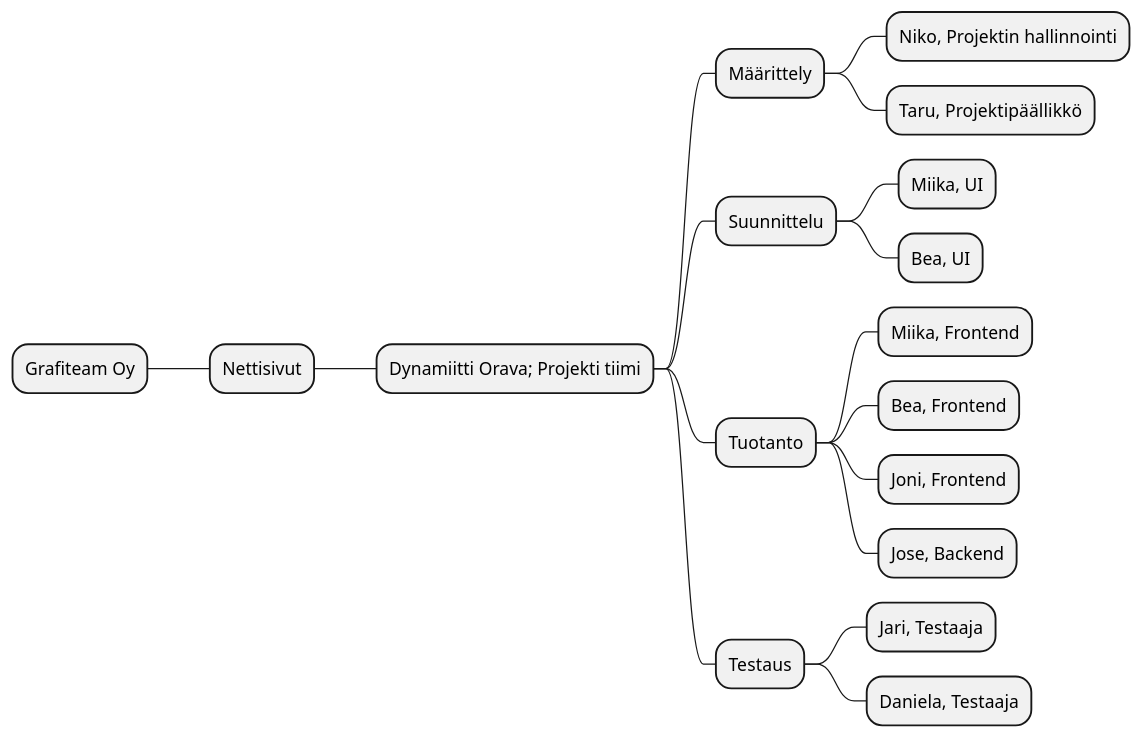
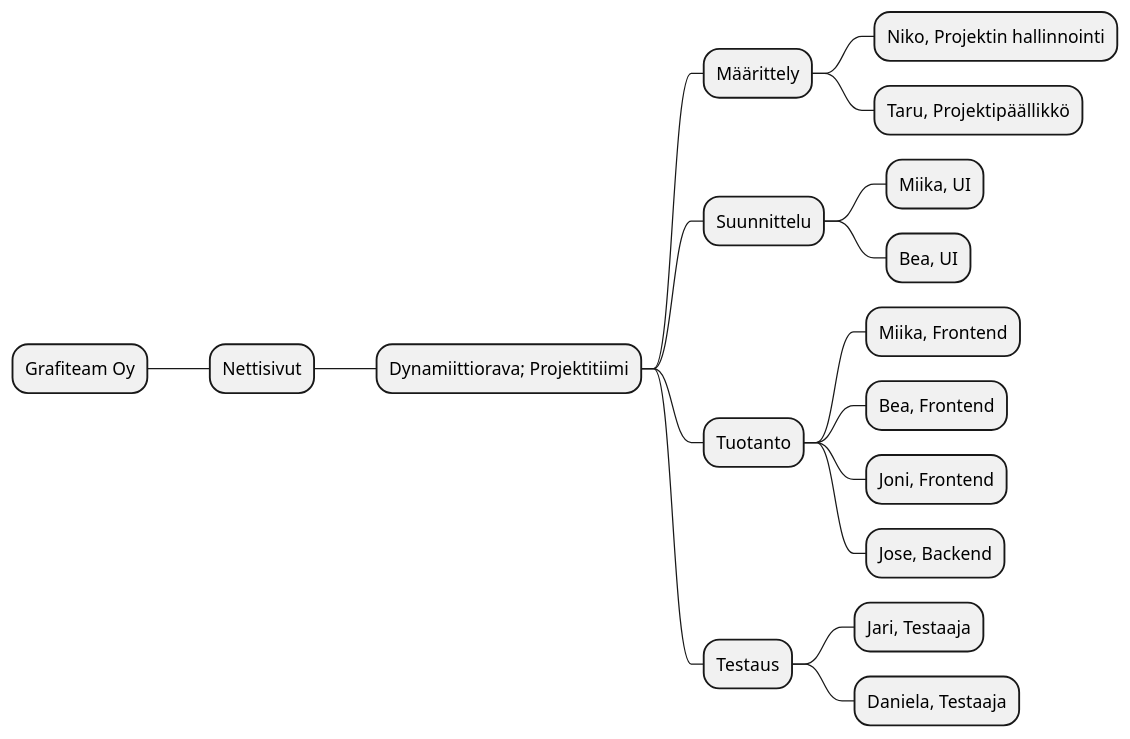
Before and after one commit to M11k4/DynamiittiOrava: the second of 3 diagrams in dokumentit/10-Projektihallinta/tiivistetty-projektisuunnitelma.md, drawn with PlantUML. The commit also changed other lines of this file, not shown here.

````diff
--- a/dokumentit/10-Projektihallinta/tiivistetty-projektisuunnitelma.md
+++ b/dokumentit/10-Projektihallinta/tiivistetty-projektisuunnitelma.md
@@ -135,22 +135,22 @@
 ```plantuml
 @startmindmap
 * Grafiteam Oy
 ** Nettisivut
-*** Dynamiitti Orava; Projekti tiimi
+*** Dynamiittiorava; Projektitiimi
 **** Määrittely
 ***** Niko, Projektin hallinnointi
 ***** Taru, Projektipäällikkö
 **** Suunnittelu
 ***** Miika, UI
 ***** Bea, UI
 **** Tuotanto
 ***** Miika, Frontend
 ***** Bea, Frontend
 ***** Joni, Frontend
 ***** Jose, Backend
 **** Testaus
 ***** Jari, Testaaja
 ***** Daniela, Testaaja
 
 @endmindmap
 ```
````
